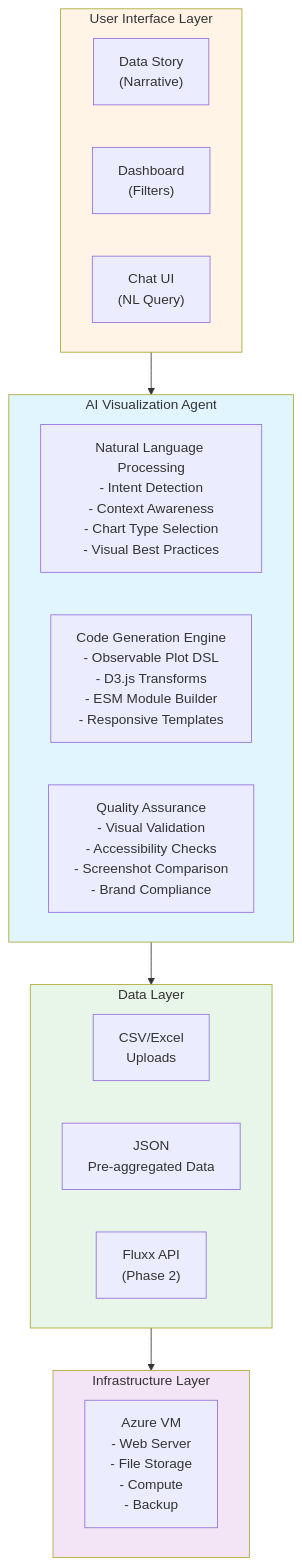
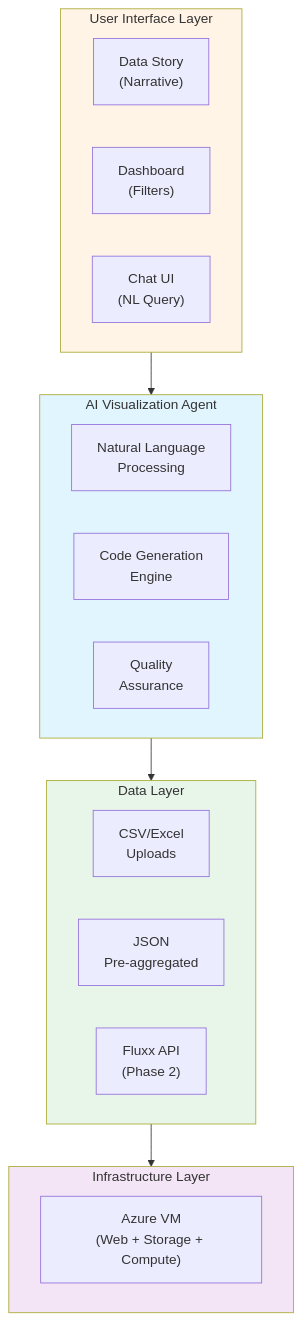
One commit to sanand0/tata-trust-data-visualization-rfp-2025 changed the diagram in response/README.md. Above: the diagram before and after it, drawn with Mermaid. The commit also changed 5 other files, not shown here.

````diff
--- a/response/README.md
+++ b/response/README.md
@@ -88,33 +88,36 @@
 ```mermaid
 graph TB
     subgraph UI["User Interface Layer"]
+        direction LR
         Story["Data Story<br/>(Narrative)"]
         Dashboard["Dashboard<br/>(Filters)"]
         Chat["Chat UI<br/>(NL Query)"]
     end
 
     subgraph Agent["AI Visualization Agent"]
-        NLP["Natural Language Processing<br/>- Intent Detection<br/>- Context Awareness<br/>- Chart Type Selection<br/>- Visual Best Practices"]
-        CodeGen["Code Generation Engine<br/>- Observable Plot DSL<br/>- D3.js Transforms<br/>- ESM Module Builder<br/>- Responsive Templates"]
-        QA["Quality Assurance<br/>- Visual Validation<br/>- Accessibility Checks<br/>- Screenshot Comparison<br/>- Brand Compliance"]
+        direction LR
+        NLP["Natural Language<br/>Processing"]
+        CodeGen["Code Generation<br/>Engine"]
+        QA["Quality<br/>Assurance"]
     end
 
     subgraph Data["Data Layer"]
+        direction LR
         CSV["CSV/Excel<br/>Uploads"]
-        JSON["JSON<br/>Pre-aggregated Data"]
+        JSON["JSON<br/>Pre-aggregated"]
         FluxAPI["Fluxx API<br/>(Phase 2)"]
     end
 
     subgraph Infra["Infrastructure Layer"]
-        Azure["Azure VM<br/>- Web Server<br/>- File Storage<br/>- Compute<br/>- Backup"]
+        Azure["Azure VM<br/>(Web + Storage + Compute)"]
     end
 
     UI --> Agent
     Agent --> Data
     Data --> Infra
 
     style Agent fill:#e1f5ff
     style UI fill:#fff4e6
     style Data fill:#e8f5e9
     style Infra fill:#f3e5f5
 ```
````
